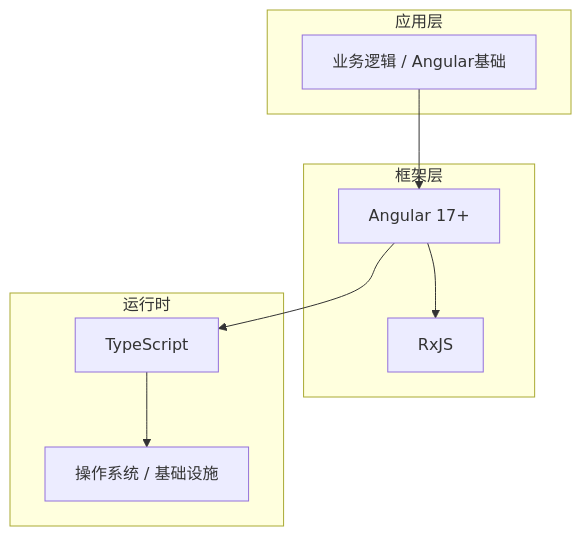
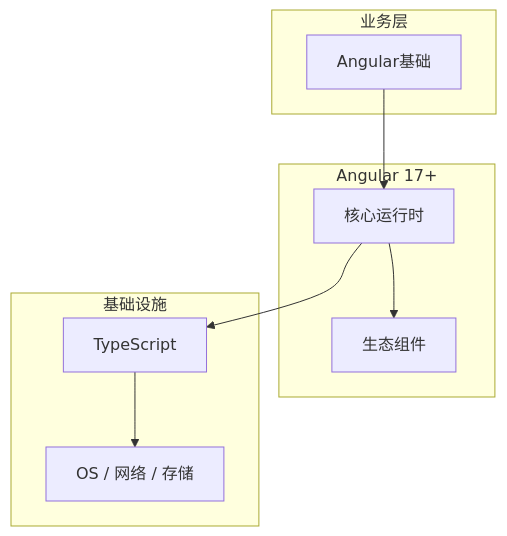
One commit to yanggan2015/knowledge-json-v2 changed the diagram in articles/Angular/chapters/001-Angular基础核心概念与原理.md. Above: the diagram before and after it, drawn with Mermaid. The commit also changed other lines of this file and 10127 other files, not shown here.

````diff
--- a/articles/Angular/chapters/001-Angular基础核心概念与原理.md
+++ b/articles/Angular/chapters/001-Angular基础核心概念与原理.md
@@ -45,18 +34,18 @@
 ```mermaid
 graph TB
-    subgraph 应用层
-        A[业务逻辑 / Angular基础]
+    subgraph 业务层
+        A[Angular基础]
     end
-    subgraph 框架层
-        B[Angular 17+]
-        C[RxJS]
+    subgraph Angular 17+
+        B[核心运行时]
+        C[生态组件]
     end
-    subgraph 运行时
+    subgraph 基础设施
         D[TypeScript]
-        E[操作系统 / 基础设施]
+        E[OS / 网络 / 存储]
     end
     A --> B
     B --> C
     B --> D
     D --> E
 ```
````
